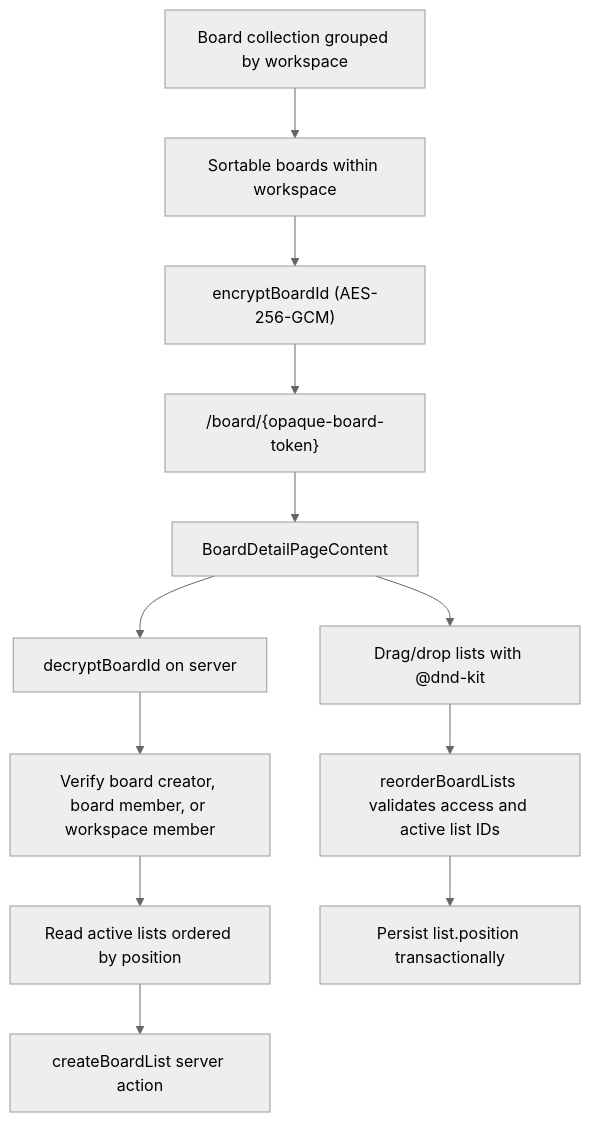
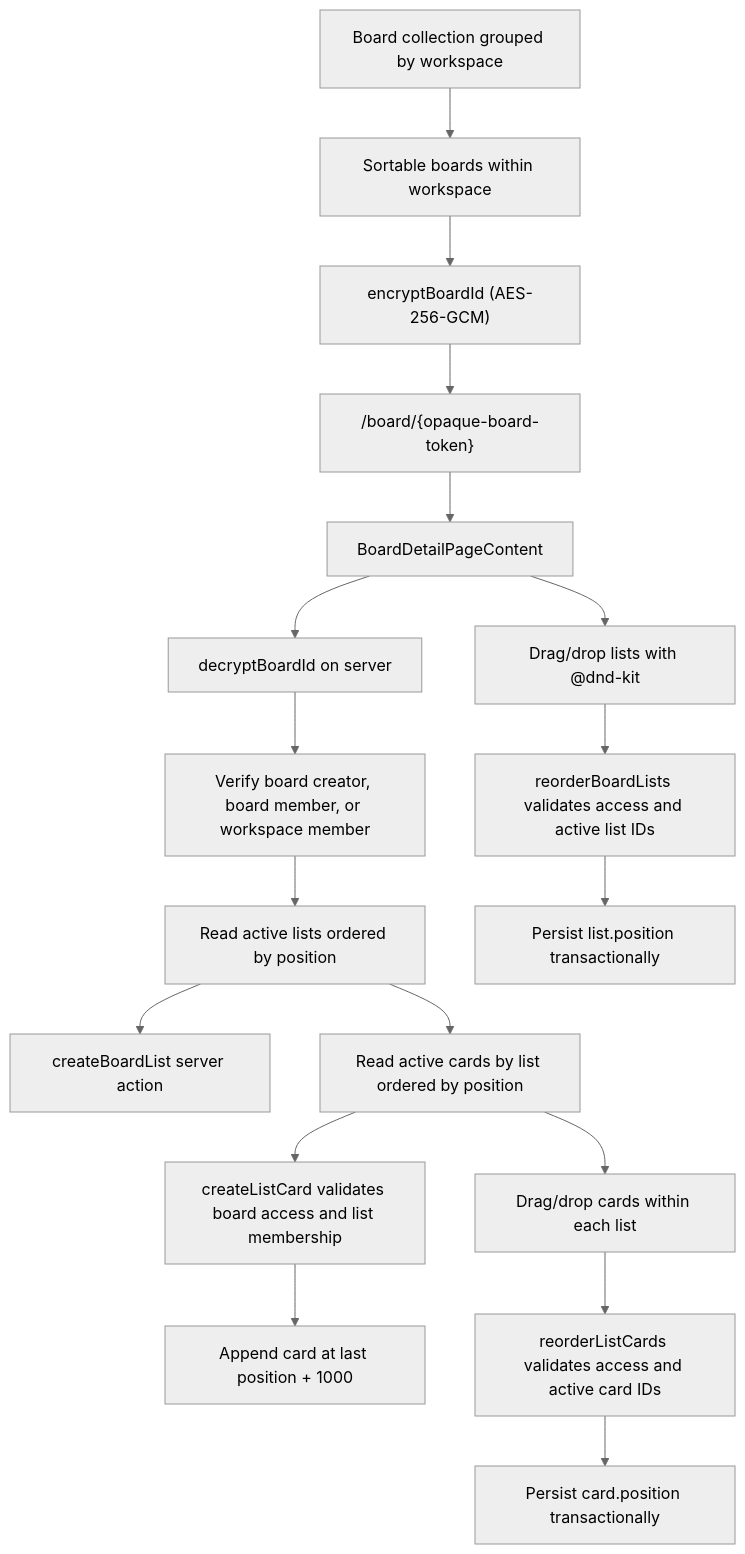
The second of 2 diagrams in docs/architecture/overview.md (Thoai1503/TrelloClone), drawn with Mermaid (neutral theme) before and after one commit. The commit also changed 24 other files, not shown here.

````diff
--- a/docs/architecture/overview.md
+++ b/docs/architecture/overview.md
@@ -88,14 +88,20 @@
 ```mermaid
 flowchart TD
     Collection["Board collection grouped by workspace"] --> Boards["Sortable boards within workspace"]
     Boards --> Encrypt["encryptBoardId (AES-256-GCM)"]
     Encrypt --> Url["/board/{opaque-board-token}"]
     Url --> Detail["BoardDetailPageContent"]
     Detail --> Decrypt["decryptBoardId on server"]
     Decrypt --> Access["Verify board creator, board member, or workspace member"]
     Access --> ReadLists["Read active lists ordered by position"]
     ReadLists --> CreateList["createBoardList server action"]
+    ReadLists --> ReadCards["Read active cards by list ordered by position"]
+    ReadCards --> CreateCard["createListCard validates board access and list membership"]
+    CreateCard --> PersistCard["Append card at last position + 1000"]
     Detail --> DragLists["Drag/drop lists with @dnd-kit"]
     DragLists --> ReorderLists["reorderBoardLists validates access and active list IDs"]
     ReorderLists --> Persist["Persist list.position transactionally"]
+    ReadCards --> DragCards["Drag/drop cards within each list"]
+    DragCards --> ReorderCards["reorderListCards validates access and active card IDs"]
+    ReorderCards --> PersistCards["Persist card.position transactionally"]
 ```
````
